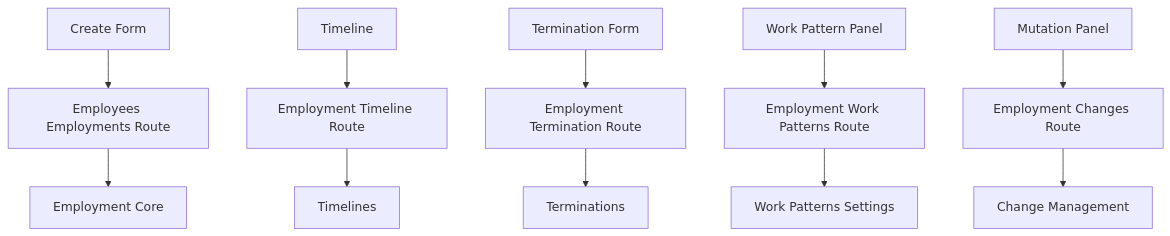
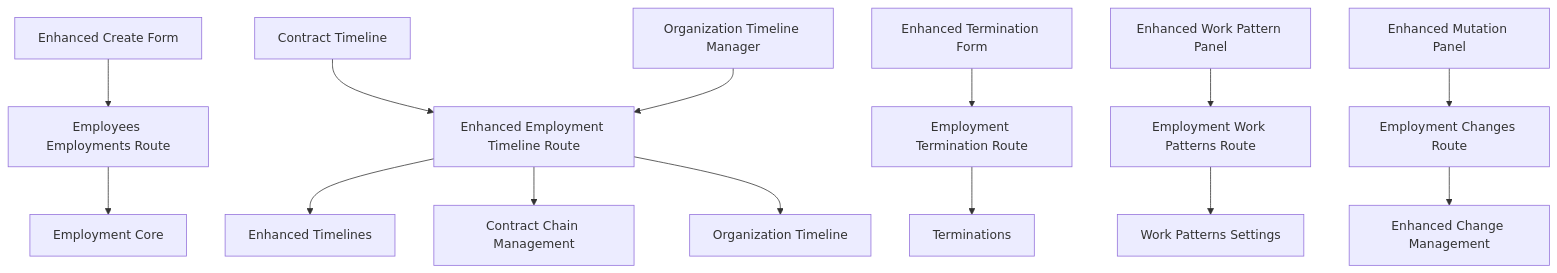
Diagram 11 of 11 in .qoder/repowiki/en/content/Core HR Module/Employment Lifecycle.md (EdwinCycling/LiquidHR), drawn with Mermaid before and after one commit. The commit also changed other lines of this file and 73 other files, not shown here.

````diff
--- a/.qoder/repowiki/en/content/Core HR Module/Employment Lifecycle.md
+++ b/.qoder/repowiki/en/content/Core HR Module/Employment Lifecycle.md
@@ -453,13 +568,16 @@
 ```mermaid
 graph TB
-CreateForm["Create Form"] --> EmpRoute["Employees Employments Route"]
-Timeline["Timeline"] --> TimelineRoute["Employment Timeline Route"]
-Termination["Termination Form"] --> TerminationRoute["Employment Termination Route"]
-WorkPattern["Work Pattern Panel"] --> WorkPatternsRoute["Employment Work Patterns Route"]
-MutationPanel["Mutation Panel"] --> ChangesRoute["Employment Changes Route"]
+CreateForm["Enhanced Create Form"] --> EmpRoute["Employees Employments Route"]
+ContractTimeline["Contract Timeline"] --> TimelineRoute["Enhanced Employment Timeline Route"]
+OrgTimelineManager["Organization Timeline Manager"] --> TimelineRoute
+Termination["Enhanced Termination Form"] --> TerminationRoute["Employment Termination Route"]
+WorkPattern["Enhanced Work Pattern Panel"] --> WorkPatternsRoute["Employment Work Patterns Route"]
+MutationPanel["Enhanced Mutation Panel"] --> ChangesRoute["Employment Changes Route"]
 EmpRoute --> Core["Employment Core"]
-TimelineRoute --> Timelines["Timelines"]
+TimelineRoute --> Timelines["Enhanced Timelines"]
+TimelineRoute --> ContractChain["Contract Chain Management"]
+TimelineRoute --> OrgTimeline["Organization Timeline"]
 TerminationRoute --> Terminations["Terminations"]
 WorkPatternsRoute --> WorkPatterns["Work Patterns Settings"]
-ChangesRoute --> ChangeMgmt["Change Management"]
+ChangesRoute --> ChangeMgmt["Enhanced Change Management"]
 ```
````
